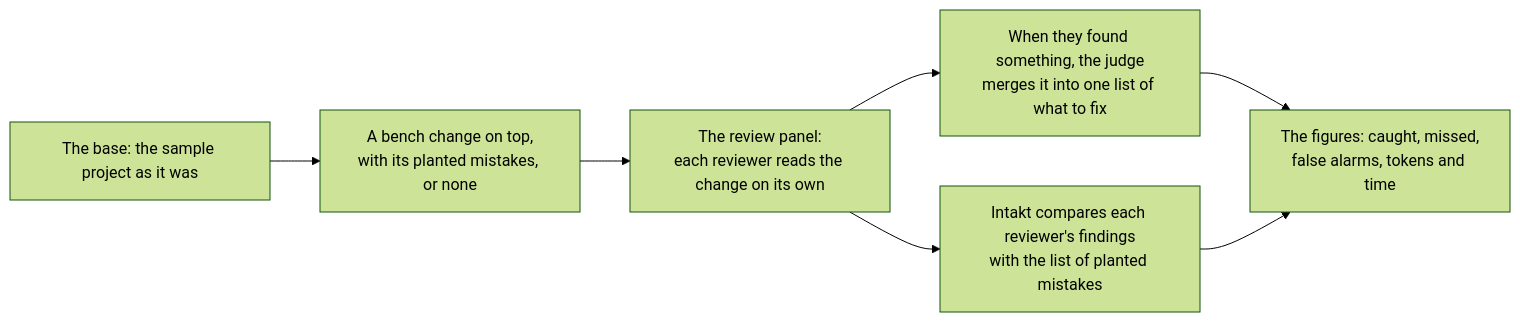
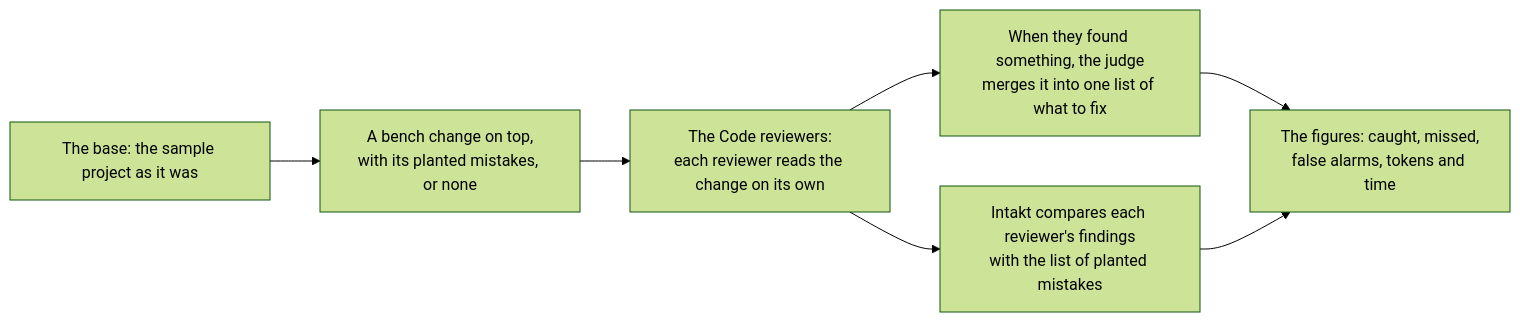
One commit to shinyredapples/intakt changed the first of 2 diagrams in docs/guide/review-bench.md. Above: the diagram before and after it, drawn with Mermaid (forest theme). The commit also changed other lines of this file and 5 other files, not shown here.

````diff
--- a/docs/guide/review-bench.md
+++ b/docs/guide/review-bench.md
@@ -15,9 +15,9 @@
 ```mermaid
 flowchart LR
   base[The base: the sample project as it was] --> change[A bench change on top,<br/>with its planted mistakes, or none]
-  change --> panel[The review panel:<br/>each reviewer reads the change on its own]
+  change --> panel[The Code reviewers:<br/>each reviewer reads the change on its own]
   panel --> judge[When they found something, the judge<br/>merges it into one list of what to fix]
   panel --> score[Intakt compares each reviewer's findings<br/>with the list of planted mistakes]
   judge --> report[The figures: caught, missed,<br/>false alarms, tokens and time]
   score --> report
 ```
````
